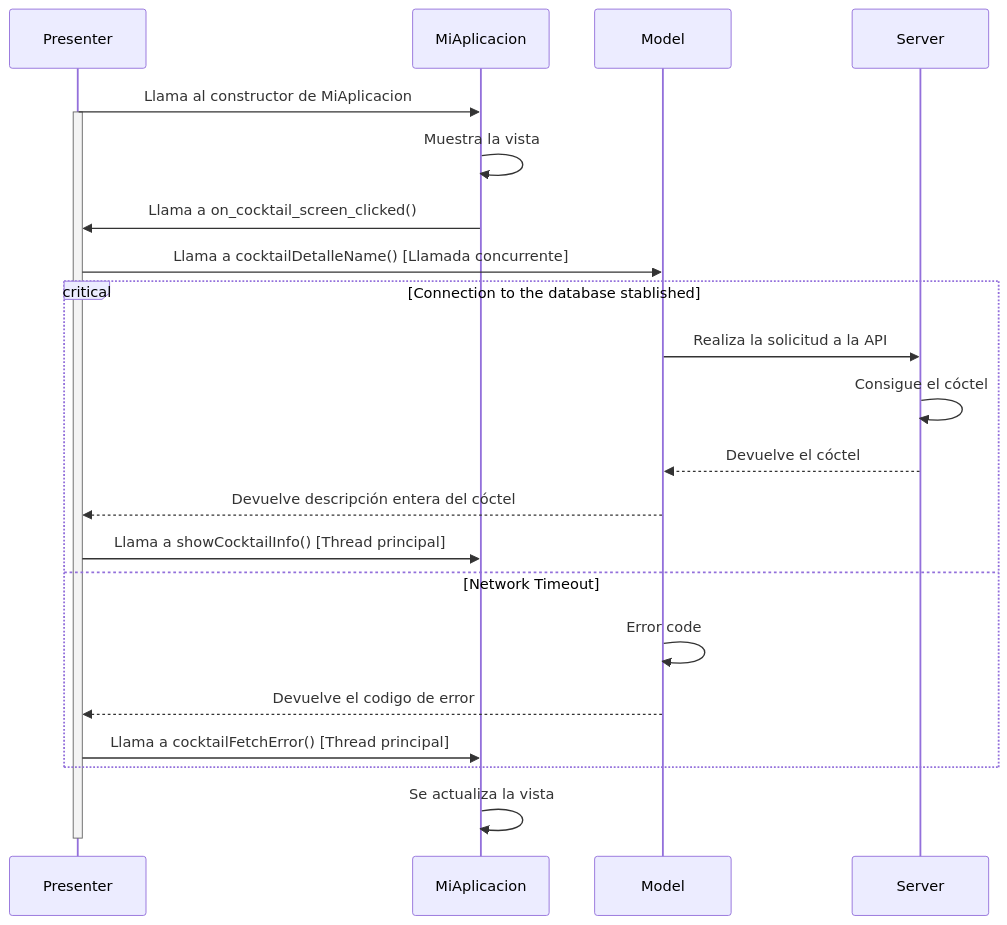
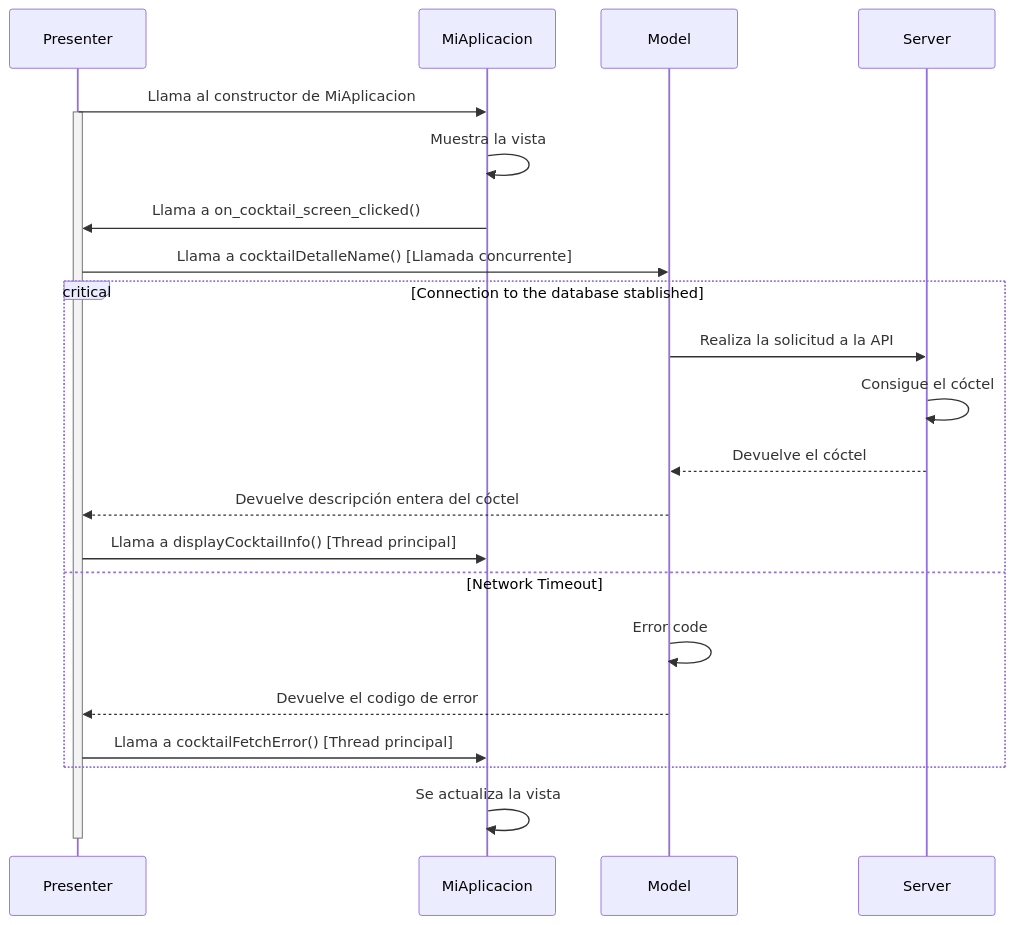
One commit to braisf03/IPM changed the second of 7 diagrams in Desktop/diseño_sw.md. Above: the diagram before and after it, drawn with Mermaid.

````diff
--- a/Desktop/diseño_sw.md
+++ b/Desktop/diseño_sw.md
@@ -91,33 +91,33 @@
 ```mermaid
 sequenceDiagram
 
 #--------------Definiciones de actores--------------#
     participant Presenter as Presenter
     participant MiAplicacion as MiAplicacion
     participant Model as Model
     participant Server as Server
 
 #--------------Inicio de la aplicación--------------#
     Presenter->>MiAplicacion: Llama al constructor de MiAplicacion
     activate Presenter
     MiAplicacion->>MiAplicacion: Muestra la vista
     MiAplicacion->>Presenter: Llama a on_cocktail_screen_clicked()
     Presenter->>Model: Llama a cocktailDetalleName() [Llamada concurrente]
 
 #-------------Accesos a la base de datos------------#        
     critical Connection to the database stablished
         Model->>Server: Realiza la solicitud a la API
         Server->>Server: Consigue el cóctel
         Server-->>Model: Devuelve el cóctel
         Model-->>Presenter: Devuelve descripción entera del cóctel
-        Presenter->>MiAplicacion: Llama a showCocktailInfo() [Thread principal]
+        Presenter->>MiAplicacion: Llama a displayCocktailInfo() [Thread principal]
     option Network Timeout
             Model->>Model: Error code
             Model-->>Presenter: Devuelve el codigo de error
             Presenter->>MiAplicacion: Llama a cocktailFetchError() [Thread principal]
     end
    
     MiAplicacion->> MiAplicacion : Se actualiza la vista
     deactivate Presenter
 
 ```
````
